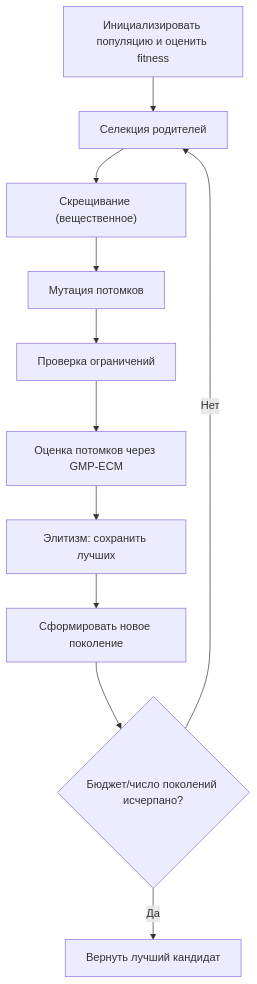
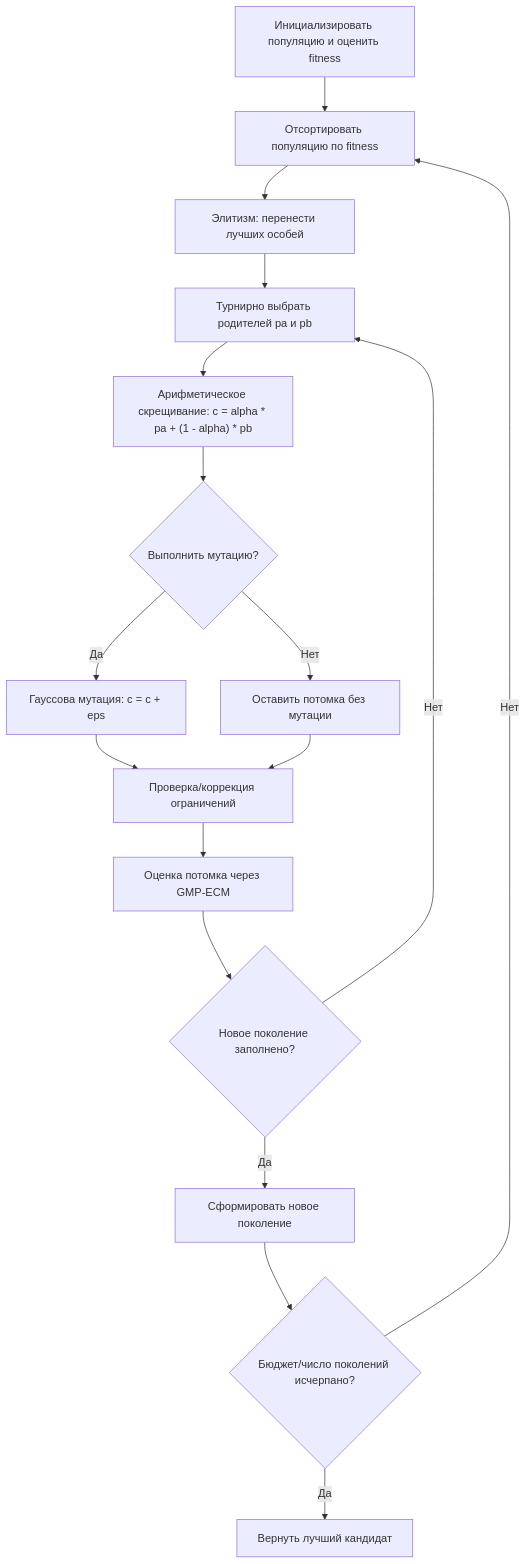
The fifth of 9 diagrams in REPORTS/05_thesis/thesis_text.md (EgorPlehanov/ecm-evolutionary-optimization), drawn with Mermaid before and after one commit. The commit also changed other lines of this file, not shown here.

````diff
--- a/REPORTS/05_thesis/thesis_text.md
+++ b/REPORTS/05_thesis/thesis_text.md
@@ -365,13 +406,19 @@
 ```mermaid
 flowchart TD
-    A[Инициализировать популяцию и оценить fitness] --> B[Селекция родителей]
-    B --> C["Скрещивание (вещественное)"]
-    C --> D[Мутация потомков]
-    D --> E[Проверка ограничений]
-    E --> F[Оценка потомков через GMP-ECM]
-    F --> G[Элитизм: сохранить лучших]
-    G --> H[Сформировать новое поколение]
-    H --> I{Бюджет/число поколений исчерпано?}
-    I -- Нет --> B
-    I -- Да --> J[Вернуть лучший кандидат]
+    A[Инициализировать популяцию и оценить fitness] --> B[Отсортировать популяцию по fitness]
+    B --> C[Элитизм: перенести лучших особей]
+    C --> D[Турнирно выбрать родителей pa и pb]
+    D --> E["Арифметическое скрещивание: c = alpha * pa + (1 - alpha) * pb"]
+    E --> F{"Выполнить мутацию?"}
+    F -- Да --> G["Гауссова мутация: c = c + eps"]
+    F -- Нет --> H[Оставить потомка без мутации]
+    G --> I[Проверка/коррекция ограничений]
+    H --> I
+    I --> J[Оценка потомка через GMP-ECM]
+    J --> K{Новое поколение заполнено?}
+    K -- Нет --> D
+    K -- Да --> L[Сформировать новое поколение]
+    L --> M{Бюджет/число поколений исчерпано?}
+    M -- Нет --> B
+    M -- Да --> N[Вернуть лучший кандидат]
 ```
````
